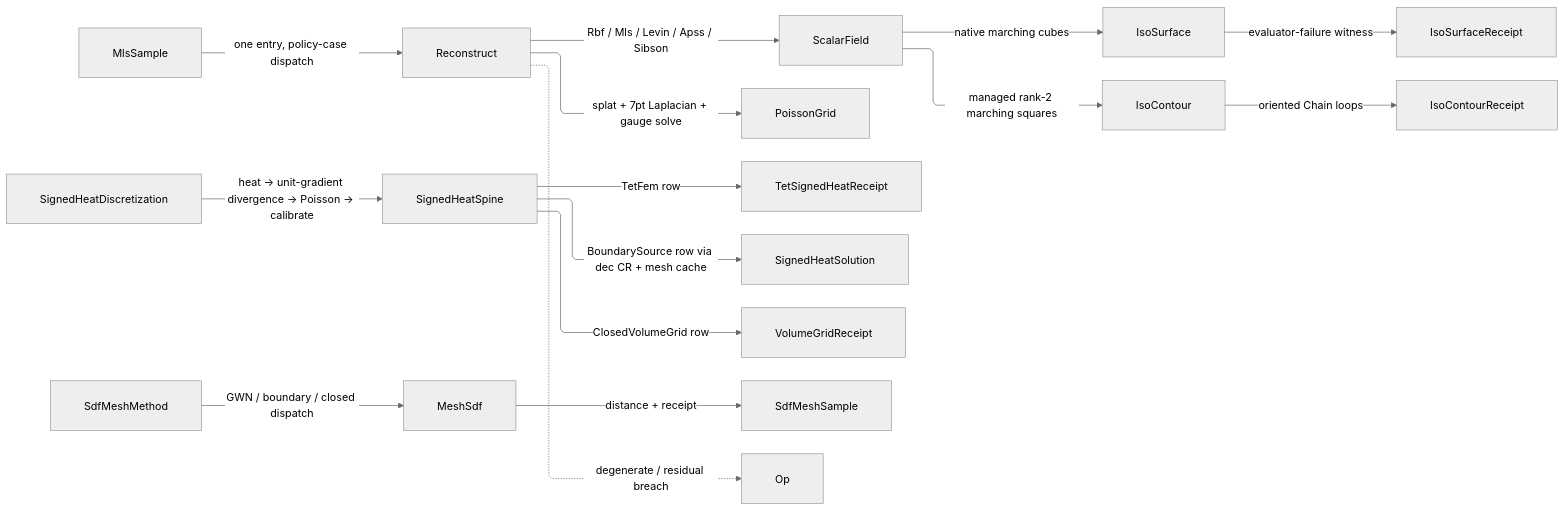
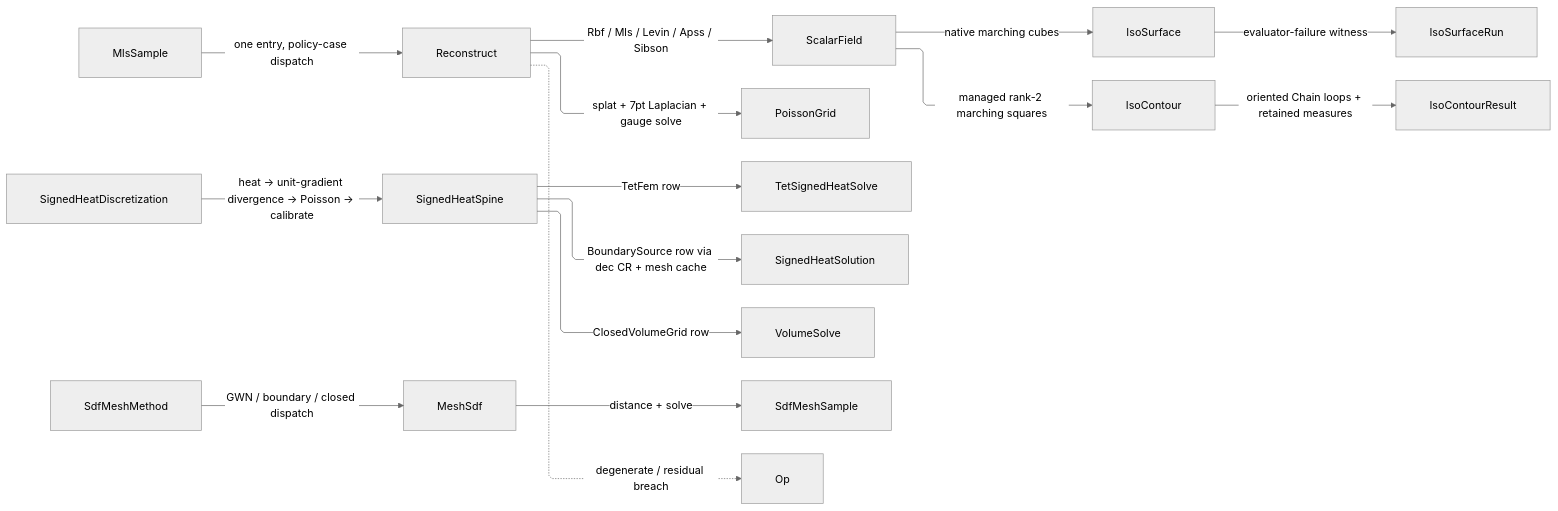
One commit to bsamiee/Rasm changed the diagram in libs/dotnet/Rasm/.planning/Meshing/reconstruct.md. Above: the diagram before and after it, drawn with Mermaid (neutral theme). The commit also changed other lines of this file and 1417 other files, not shown here.

````diff
--- a/libs/dotnet/Rasm/.planning/Meshing/reconstruct.md
+++ b/libs/dotnet/Rasm/.planning/Meshing/reconstruct.md
@@ -882,26 +879,26 @@
 ```mermaid
 ---
 config:
   layout: elk
   flowchart:
     curve: linear
     padding: 25
 ---
 flowchart LR
     accTitle: Reconstruction dispatch
     accDescr: Reconstruction policies produce scalar fields, signed heat shares one spine, and native extraction returns typed evidence.
     MlsSample -->|one entry, policy-case dispatch| Reconstruct
     Reconstruct -->|Rbf / Mls / Levin / Apss / Sibson| ScalarField
     Reconstruct -->|splat + 7pt Laplacian + gauge solve| PoissonGrid
     SignedHeatDiscretization -->|heat -> unit-gradient divergence -> Poisson -> calibrate| SignedHeatSpine
-    SignedHeatSpine -->|TetFem row| TetSignedHeatReceipt
+    SignedHeatSpine -->|TetFem row| TetSignedHeatSolve
     SignedHeatSpine -->|BoundarySource row via dec CR + mesh cache| SignedHeatSolution
-    SignedHeatSpine -->|ClosedVolumeGrid row| VolumeGridReceipt
+    SignedHeatSpine -->|ClosedVolumeGrid row| VolumeSolve
     SdfMeshMethod -->|GWN / boundary / closed dispatch| MeshSdf
-    MeshSdf -->|distance + receipt| SdfMeshSample
+    MeshSdf -->|distance + solve| SdfMeshSample
     ScalarField -->|native marching cubes| IsoSurface
-    IsoSurface -->|evaluator-failure witness| IsoSurfaceReceipt
+    IsoSurface -->|evaluator-failure witness| IsoSurfaceRun
     ScalarField -->|managed rank-2 marching squares| IsoContour
-    IsoContour -->|oriented Chain loops| IsoContourReceipt
+    IsoContour -->|oriented Chain loops + retained measures| IsoContourResult
     Reconstruct -.->|degenerate / residual breach| Op
 ```
````
